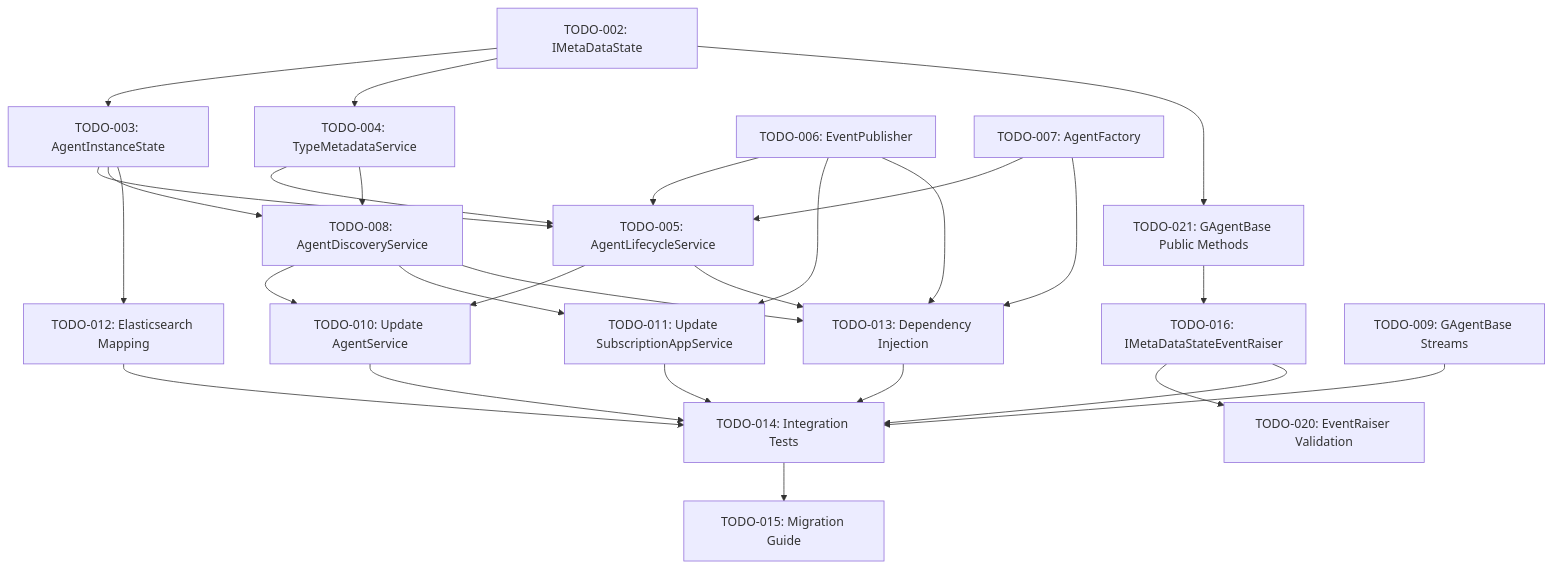
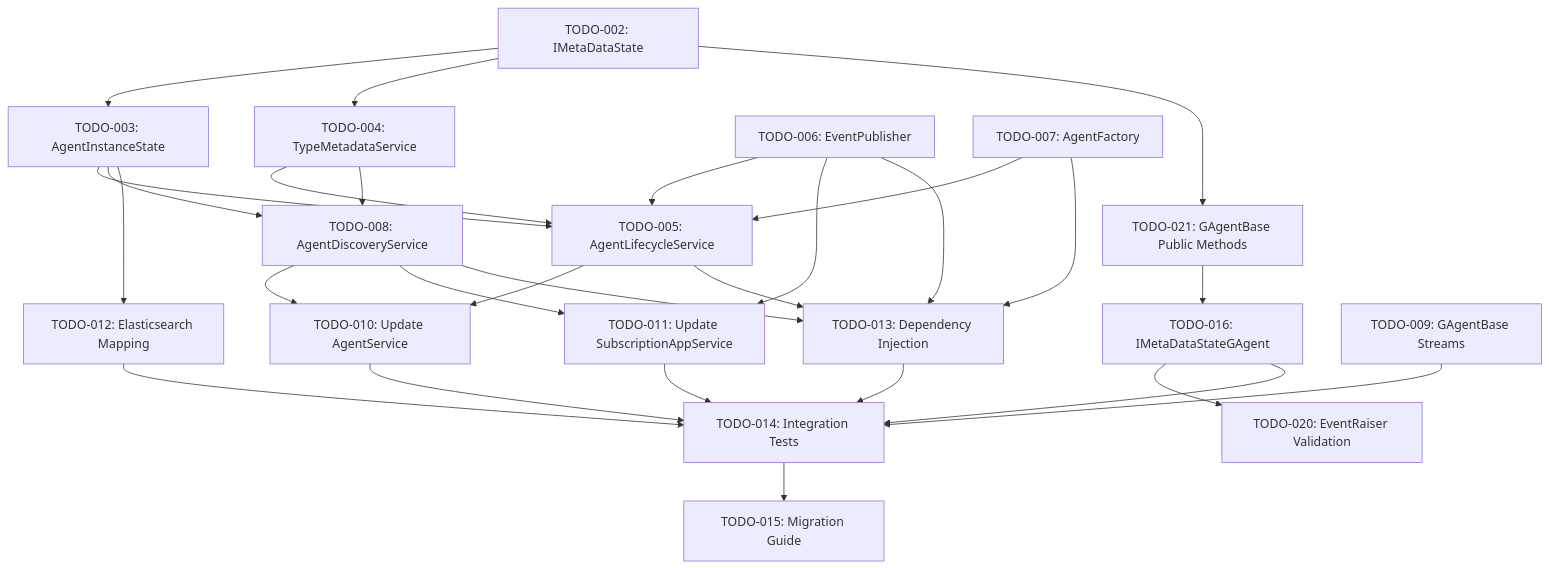
Before and after one commit to aevatarAI/aevatar-station: the diagram in station/docs/todos/README.md, drawn with Mermaid. The commit also changed other lines of this file and 1 other file, not shown here.

Commit message:
refactor: rename IMetaDataStateEventRaiser to IMetaDataStateGAgent interface
- Renamed TODO-016 from IMetaDataStateEventRaiser to IMetaDataStateGAgent
- Updated interface to inherit from IStateGAgent<TState>
- Updated dependencies and file references in README.md
- Aligned with updated architecture document design

🤖 Generated with [Claude Code](https://claude.ai/code)

````diff
--- a/station/docs/todos/README.md
+++ b/station/docs/todos/README.md
@@ -54,36 +54,36 @@
 ```mermaid
 graph TD
     A[TODO-002: IMetaDataState] --> B[TODO-003: AgentInstanceState]
     A --> D[TODO-004: TypeMetadataService]
     A --> R[TODO-021: GAgentBase Public Methods]
-    R --> P[TODO-016: IMetaDataStateEventRaiser]
+    R --> P[TODO-016: IMetaDataStateGAgent]
     B --> E[TODO-005: AgentLifecycleService]
     B --> H[TODO-008: AgentDiscoveryService]
     B --> L[TODO-012: Elasticsearch Mapping]
     
     F[TODO-006: EventPublisher] --> E
     G[TODO-007: AgentFactory] --> E
     D --> E
     D --> H
     
     E --> J[TODO-010: Update AgentService]
     F --> K[TODO-011: Update SubscriptionAppService]
     H --> J
     H --> K
     
     E --> M[TODO-013: Dependency Injection]
     F --> M
     G --> M
     H --> M
     
     P --> T[TODO-020: EventRaiser Validation]
     
     I[TODO-009: GAgentBase Streams] --> N[TODO-014: Integration Tests]
     J --> N
     K --> N
     L --> N
     M --> N
     P --> N
     
     N --> O[TODO-015: Migration Guide]
 ```
````
